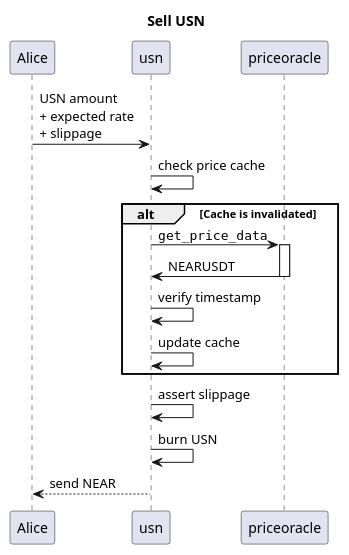
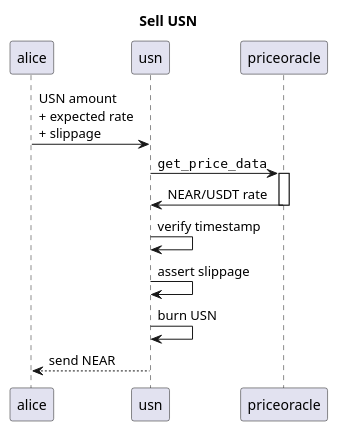
The diagram in images/sell.puml (fdoperezi/usn), drawn with PlantUML before and after one commit. The commit also changed 5 other files, not shown here.

```diff
--- a/images/sell.puml
+++ b/images/sell.puml
@@ -1,20 +1,16 @@
 @startuml
 
 title Sell USN
 
-Alice -> usn: USN amount\n+ expected rate\n+ slippage
-usn -> usn: check price cache
+alice -> usn: USN amount\n+ expected rate\n+ slippage
 
-alt Cache is invalidated
 usn -> priceoracle: ""get_price_data""
 activate priceoracle
-usn <- priceoracle: NEARUSDT
+usn <- priceoracle: NEAR/USDT rate
 deactivate priceoracle
 usn -> usn: verify timestamp
-usn -> usn: update cache
-end
 
 usn -> usn: assert slippage
 usn -> usn: burn USN
-Alice <-- usn: send NEAR
+alice <-- usn: send NEAR
 @enduml
```
